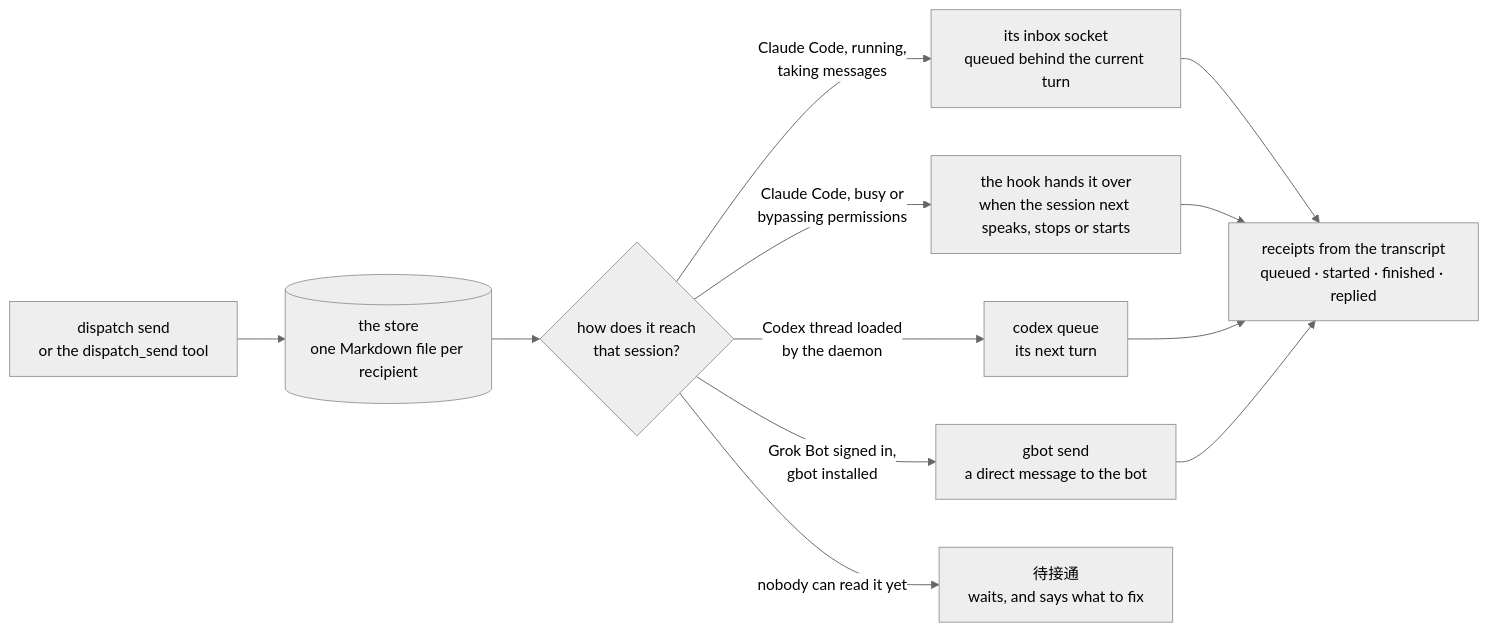
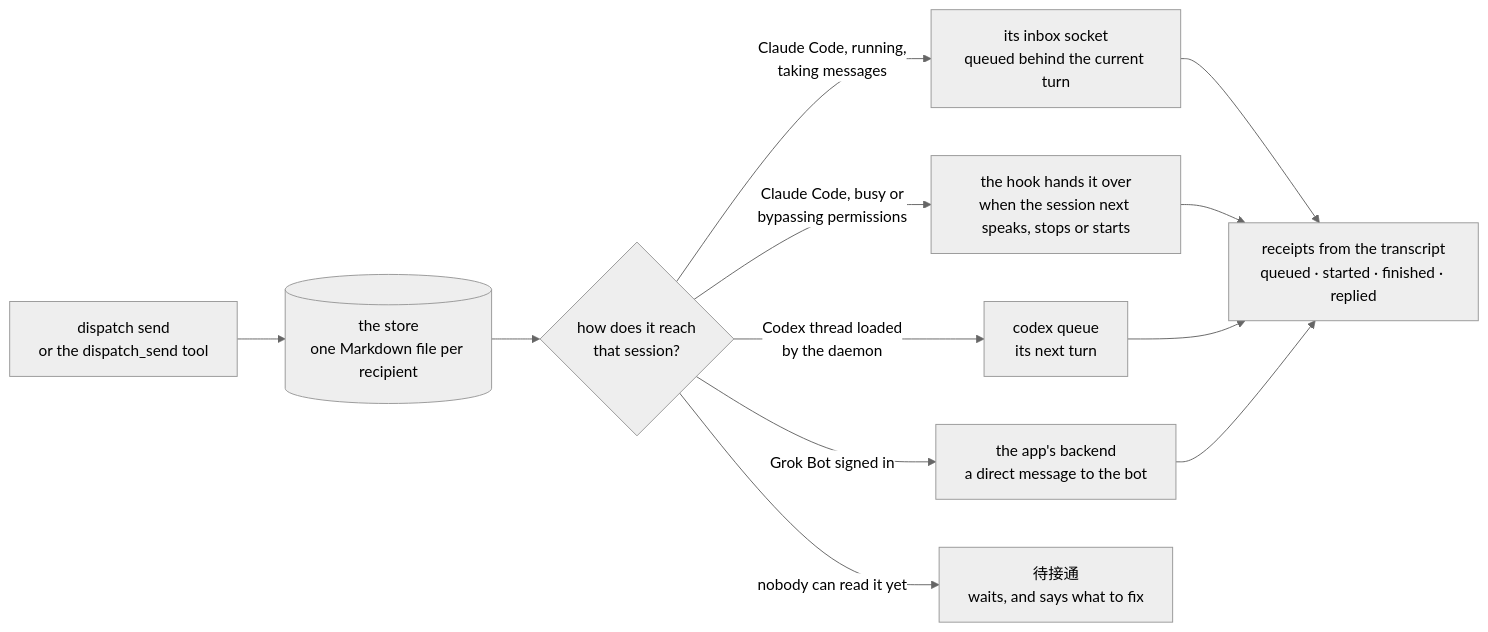
One commit to IvyYang1999/dispatch changed the diagram in README.md. Above: the diagram before and after it, drawn with Mermaid (neutral theme). The commit also changed other lines of this file and 14 other files, not shown here.

````diff
--- a/README.md
+++ b/README.md
@@ -70,14 +70,14 @@
 ```mermaid
 flowchart LR
   send["dispatch send<br/>or the dispatch_send tool"] --> store[("the store<br/>one Markdown file per recipient")]
   store --> reach{"how does it reach<br/>that session?"}
   reach -- "Claude Code, running,<br/>taking messages" --> now["its inbox socket<br/>queued behind the current turn"]
   reach -- "Claude Code, busy or<br/>bypassing permissions" --> later["the hook hands it over<br/>when the session next speaks, stops or starts"]
   reach -- "Codex thread loaded<br/>by the daemon" --> codex["codex queue<br/>its next turn"]
-  reach -- "Grok Bot signed in,<br/>gbot installed" --> grok["gbot send<br/>a direct message to the bot"]
+  reach -- "Grok Bot signed in" --> grok["the app's backend<br/>a direct message to the bot"]
   reach -- "nobody can read it yet" --> wait["待接通<br/>waits, and says what to fix"]
   now --> receipts["receipts from the transcript<br/>queued · started · finished · replied"]
   later --> receipts
   codex --> receipts
   grok --> receipts
 ```
````
